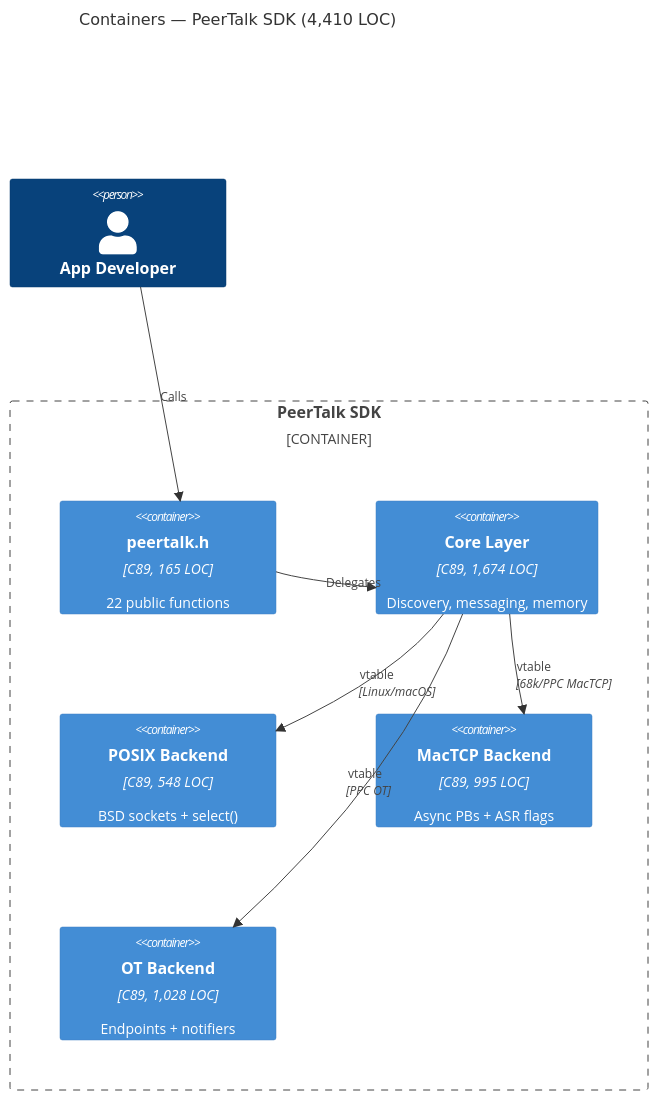
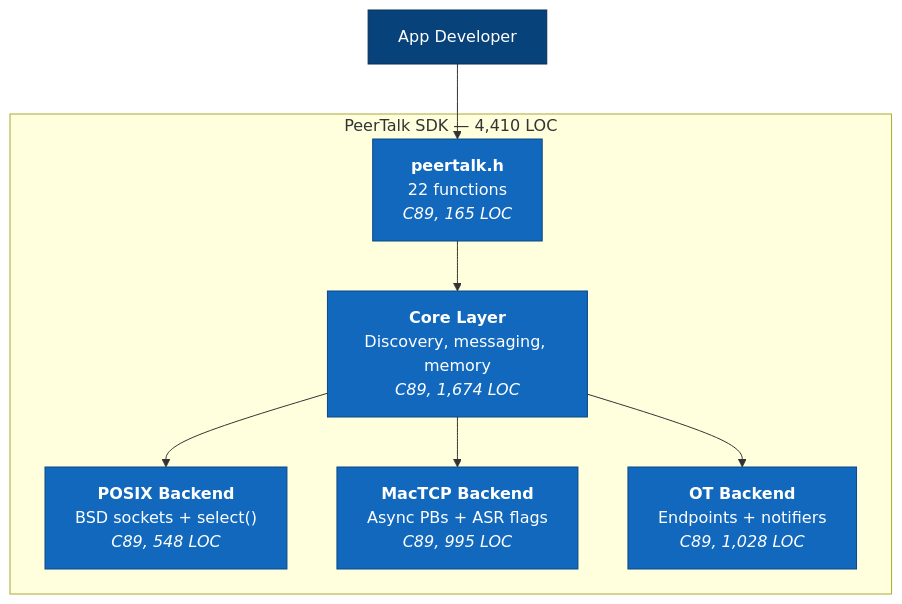
The second of 7 diagrams in ARCHITECTURE.md (matthewdeaves/peertalk), drawn with Mermaid before and after one commit. The commit also changed other lines of this file and 1 other file, not shown here.

First line of the commit message:
docs: Switch to standard Mermaid flowcharts for all diagrams

````diff
--- a/ARCHITECTURE.md
+++ b/ARCHITECTURE.md
@@ -25,20 +26,25 @@
 ```mermaid
-C4Container
-    title Containers — PeerTalk SDK (4,410 LOC)
+graph TB
+    Dev["App Developer"]
 
-    Person(dev, "App Developer")
+    subgraph SDK ["PeerTalk SDK — 4,410 LOC"]
+        API["<b>peertalk.h</b><br/>22 functions<br/><i>C89, 165 LOC</i>"]
+        Core["<b>Core Layer</b><br/>Discovery, messaging, memory<br/><i>C89, 1,674 LOC</i>"]
+        POSIX["<b>POSIX Backend</b><br/>BSD sockets + select()<br/><i>C89, 548 LOC</i>"]
+        MacTCP["<b>MacTCP Backend</b><br/>Async PBs + ASR flags<br/><i>C89, 995 LOC</i>"]
+        OT["<b>OT Backend</b><br/>Endpoints + notifiers<br/><i>C89, 1,028 LOC</i>"]
+    end
 
-    Container_Boundary(sdk, "PeerTalk SDK") {
-        Container(api, "peertalk.h", "C89, 165 LOC", "22 public functions")
-        Container(core, "Core Layer", "C89, 1,674 LOC", "Discovery, messaging, memory")
-        Container(posix, "POSIX Backend", "C89, 548 LOC", "BSD sockets + select()")
-        Container(mactcp, "MacTCP Backend", "C89, 995 LOC", "Async PBs + ASR flags")
-        Container(ot, "OT Backend", "C89, 1,028 LOC", "Endpoints + notifiers")
-    }
+    Dev --> API
+    API --> Core
+    Core --> POSIX
+    Core --> MacTCP
+    Core --> OT
 
-    Rel(dev, api, "Calls")
-    Rel(api, core, "Delegates")
-    Rel(core, posix, "vtable", "Linux/macOS")
-    Rel(core, mactcp, "vtable", "68k/PPC MacTCP")
-    Rel(core, ot, "vtable", "PPC OT")
+    style Dev fill:#08427b,stroke:#052e56,color:#fff
+    style API fill:#1168bd,stroke:#0b4884,color:#fff
+    style Core fill:#1168bd,stroke:#0b4884,color:#fff
+    style POSIX fill:#1168bd,stroke:#0b4884,color:#fff
+    style MacTCP fill:#1168bd,stroke:#0b4884,color:#fff
+    style OT fill:#1168bd,stroke:#0b4884,color:#fff
 ```
````
